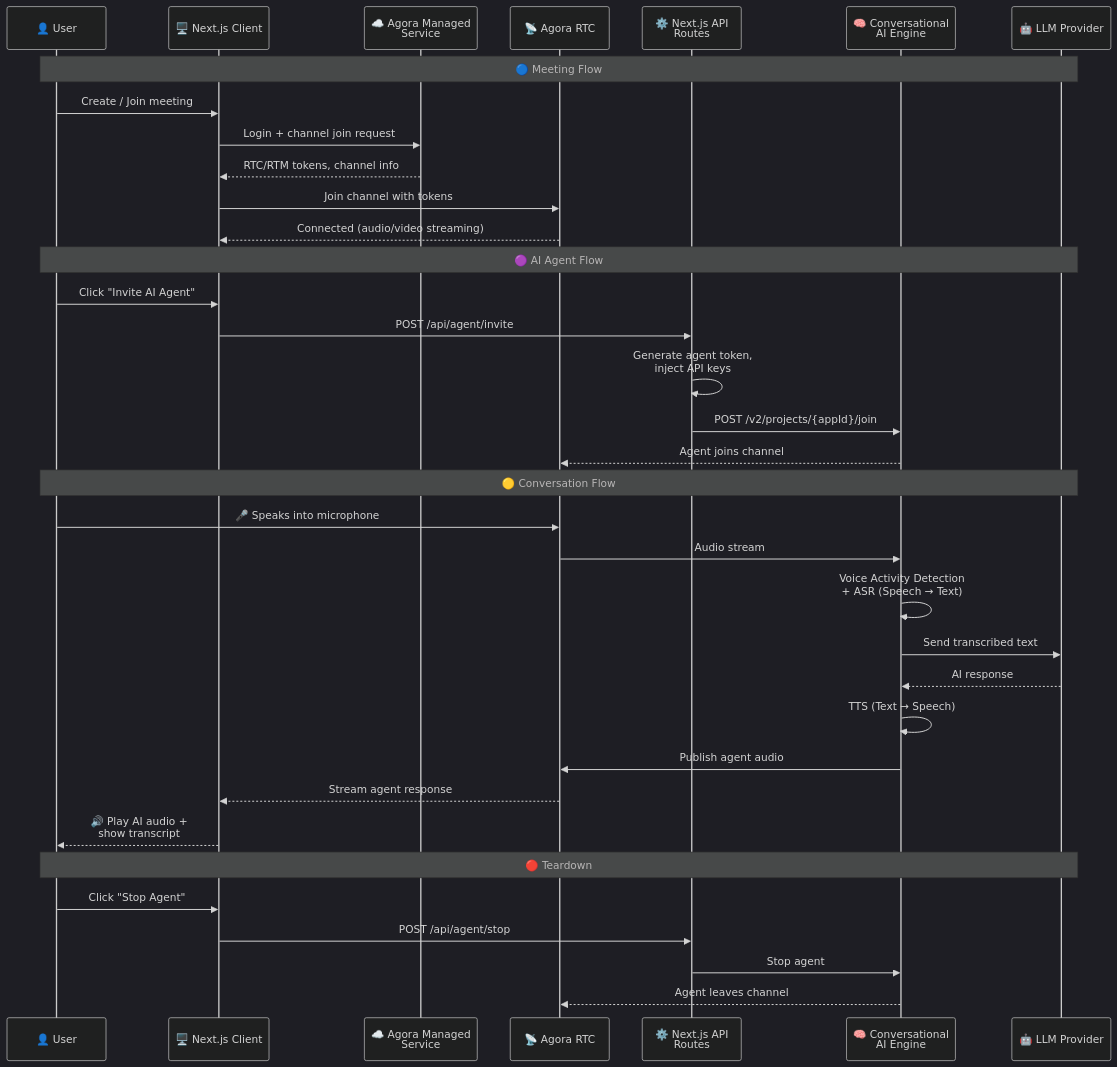
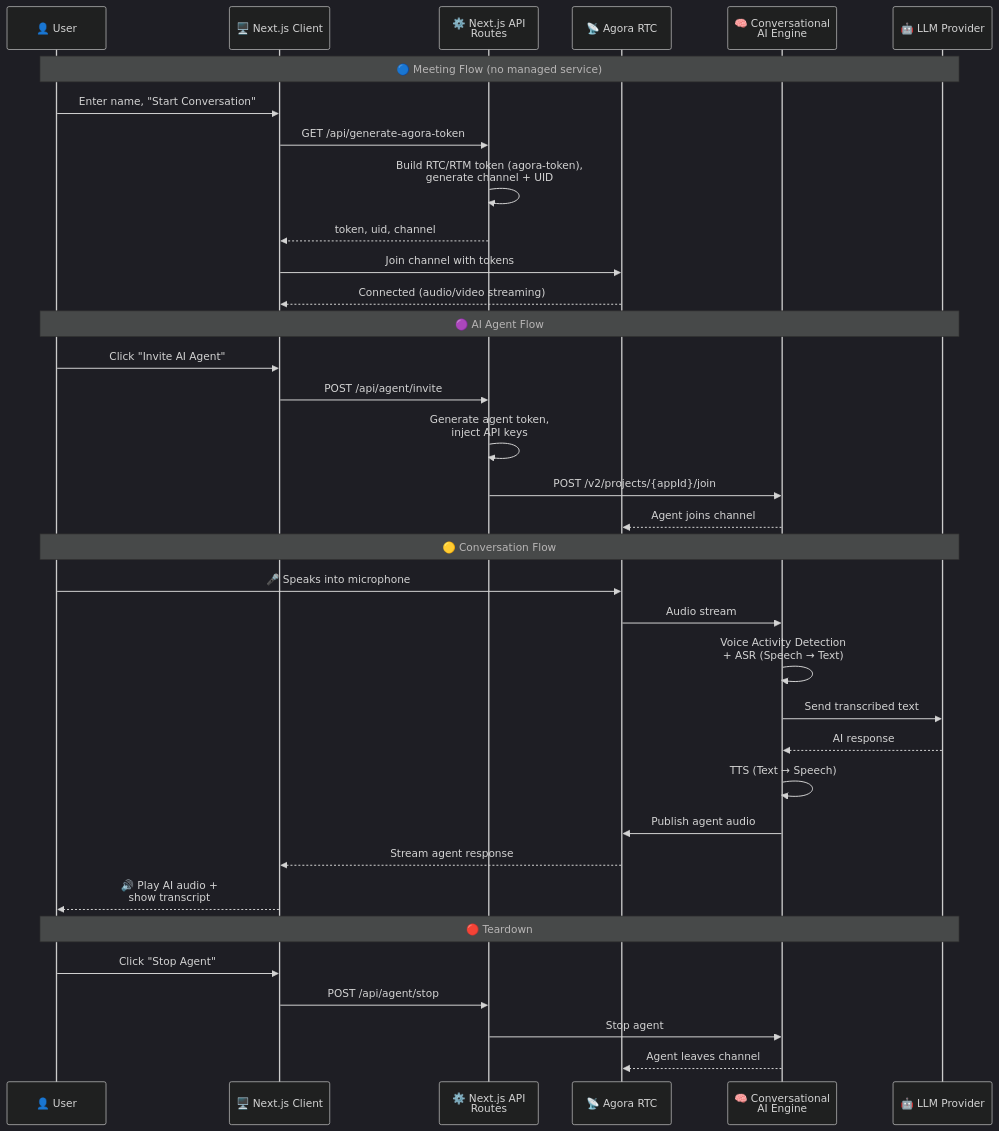
One commit to bhupendra1011/sample-agent changed the diagram in README.md. Above: the diagram before and after it, drawn with Mermaid (dark theme). The commit also changed other lines of this file, not shown here.

````diff
--- a/README.md
+++ b/README.md
@@ -61,45 +61,45 @@
 ```mermaid
 sequenceDiagram
     participant U as 👤 User
     participant C as 🖥️ Next.js Client
-    participant MS as ☁️ Agora Managed<br/>Service
+    participant API as ⚙️ Next.js API<br/>Routes
     participant RTC as 📡 Agora RTC
-    participant API as ⚙️ Next.js API<br/>Routes
     participant AI as 🧠 Conversational<br/>AI Engine
     participant LLM as 🤖 LLM Provider
 
-    Note over U,LLM: 🔵 Meeting Flow
+    Note over U,LLM: 🔵 Meeting Flow (no managed service)
 
-    U->>C: Create / Join meeting
-    C->>MS: Login + channel join request
-    MS-->>C: RTC/RTM tokens, channel info
+    U->>C: Enter name, "Start Conversation"
+    C->>API: GET /api/generate-agora-token
+    API->>API: Build RTC/RTM token (agora-token),<br/>generate channel + UID
+    API-->>C: token, uid, channel
     C->>RTC: Join channel with tokens
     RTC-->>C: Connected (audio/video streaming)
 
     Note over U,LLM: 🟣 AI Agent Flow
 
     U->>C: Click "Invite AI Agent"
     C->>API: POST /api/agent/invite
     API->>API: Generate agent token,<br/>inject API keys
     API->>AI: POST /v2/projects/{appId}/join
     AI-->>RTC: Agent joins channel
 
     Note over U,LLM: 🟡 Conversation Flow
 
     U->>RTC: 🎤 Speaks into microphone
     RTC->>AI: Audio stream
     AI->>AI: Voice Activity Detection<br/>+ ASR (Speech → Text)
     AI->>LLM: Send transcribed text
     LLM-->>AI: AI response
     AI->>AI: TTS (Text → Speech)
     AI->>RTC: Publish agent audio
     RTC-->>C: Stream agent response
     C-->>U: 🔊 Play AI audio +<br/>show transcript
 
     Note over U,LLM: 🔴 Teardown
 
     U->>C: Click "Stop Agent"
     C->>API: POST /api/agent/stop
     API->>AI: Stop agent
     AI-->>RTC: Agent leaves channel
 ```
````
